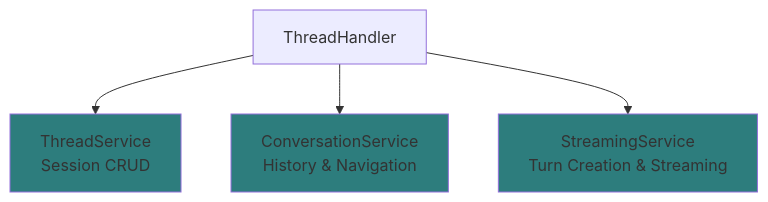
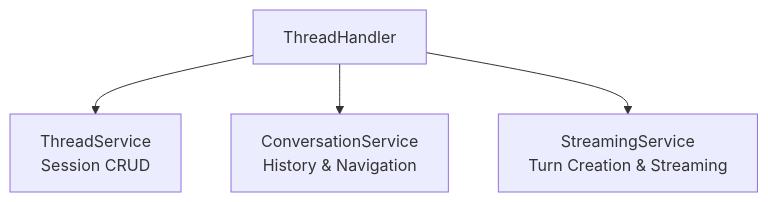
Before and after one commit to haowjy/meridian-flow: the second of 4 diagrams in _docs/technical/backend/architecture/overview.md, drawn with Mermaid. The commit also changed other lines of this file and 46 other files, not shown here.

````diff
--- a/_docs/technical/backend/architecture/overview.md
+++ b/_docs/technical/backend/architecture/overview.md
@@ -205,16 +201,13 @@
 ```mermaid
 graph TB
     Handler[ThreadHandler]
 
     Thread[ThreadService<br/>Session CRUD]
     Convo[ConversationService<br/>History & Navigation]
     Stream[StreamingService<br/>Turn Creation & Streaming]
 
     Handler --> Thread
     Handler --> Convo
     Handler --> Stream
 
-    style Thread fill:#2d7d7d
-    style Convo fill:#2d7d7d
-    style Stream fill:#2d7d7d
 ```
````
